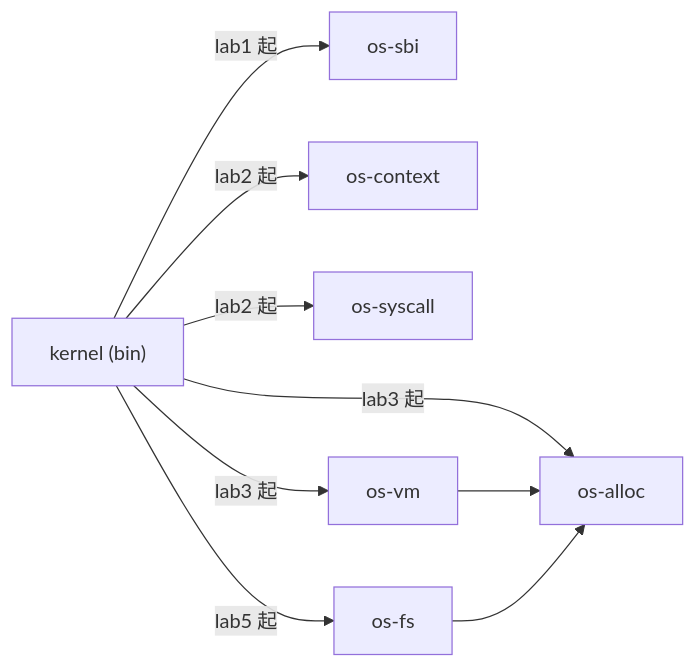
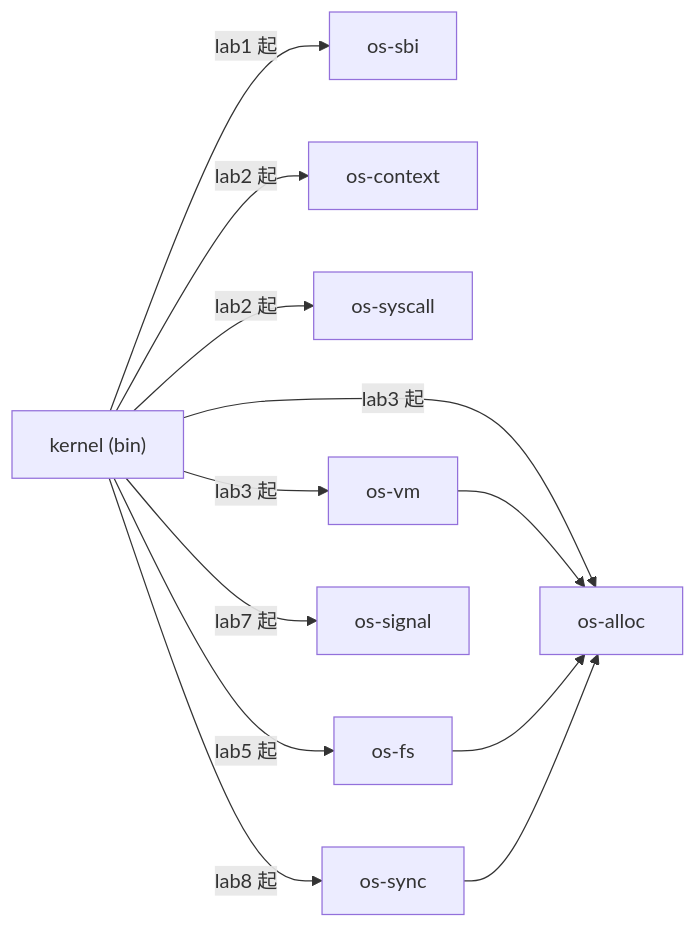
The second of 2 diagrams in os-lab/labs/overview.md (AM-SuSh/EVOLVE), drawn with Mermaid before and after one commit. The commit also changed other lines of this file and 85 other files, not shown here.

````diff
--- a/os-lab/labs/overview.md
+++ b/os-lab/labs/overview.md
@@ -87,19 +104,22 @@
 ```mermaid
 graph LR
     kernel["kernel (bin)"]
     sbi["os-sbi"]
     ctx["os-context"]
     sys["os-syscall"]
     alloc["os-alloc"]
     vm["os-vm"]
     fs["os-fs"]
 
     kernel -->|"lab1 起"| sbi
     kernel -->|"lab2 起"| ctx
     kernel -->|"lab2 起"| sys
     kernel -->|"lab3 起"| alloc
     kernel -->|"lab3 起"| vm
     kernel -->|"lab5 起"| fs
+    kernel -->|"lab7 起"| sig["os-signal"]
+    kernel -->|"lab8 起"| sync["os-sync"]
     vm --> alloc
     fs --> alloc
+    sync --> alloc
 ```
````
